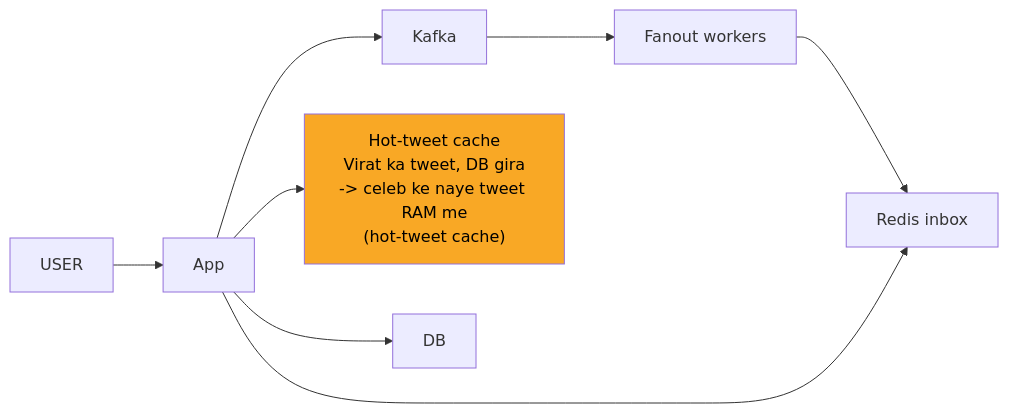
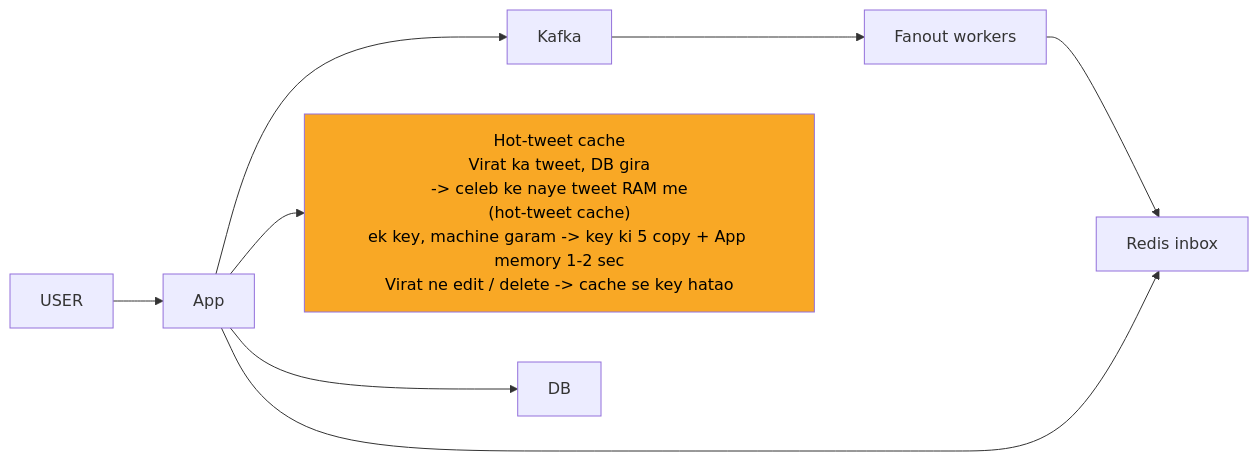
Before and after one commit to ArpanMaheshwari144/Prep: the fifth of 12 diagrams in 04_HLD/SYSTEM_DESIGNS/03_twitter_feed/03_twitter_feed.md, drawn with Mermaid. The commit also changed other lines of this file and 12 other files, not shown here.

Commit message:
hld 02-14: peele dabbe me SAFAR ke mod + diagram chauda (wrappingWidth 450)

````diff
--- a/04_HLD/SYSTEM_DESIGNS/03_twitter_feed/03_twitter_feed.md
+++ b/04_HLD/SYSTEM_DESIGNS/03_twitter_feed/03_twitter_feed.md
@@ -223,18 +227,19 @@
 ```mermaid
+%%{init: {"flowchart": {"wrappingWidth": 450}}}%%
 flowchart LR
     n_USER["USER"]
     n_App["App"]
     n_Kafka["Kafka"]
     n_Fanout_workers["Fanout workers"]
     n_Redis_inbox["Redis inbox"]
-    n_Hot_tweet_cache["Hot-tweet cache<br/>Virat ka tweet, DB gira<br/>-> celeb ke naye tweet RAM me<br/>(hot-tweet cache)"]
+    n_Hot_tweet_cache["Hot-tweet cache<br/>Virat ka tweet, DB gira<br/>-> celeb ke naye tweet RAM me<br/>(hot-tweet cache)<br/>ek key, machine garam -> key ki 5 copy + App memory 1-2 sec<br/>Virat ne edit / delete -> cache se key hatao"]
     n_DB["DB"]
     n_USER --> n_App
     n_App --> n_Kafka
     n_App --> n_Hot_tweet_cache
     n_App --> n_DB
     n_Kafka --> n_Fanout_workers
     n_Fanout_workers --> n_Redis_inbox
     n_App --> n_Redis_inbox
     style n_Hot_tweet_cache fill:#f9a825,color:#000
 ```
````
